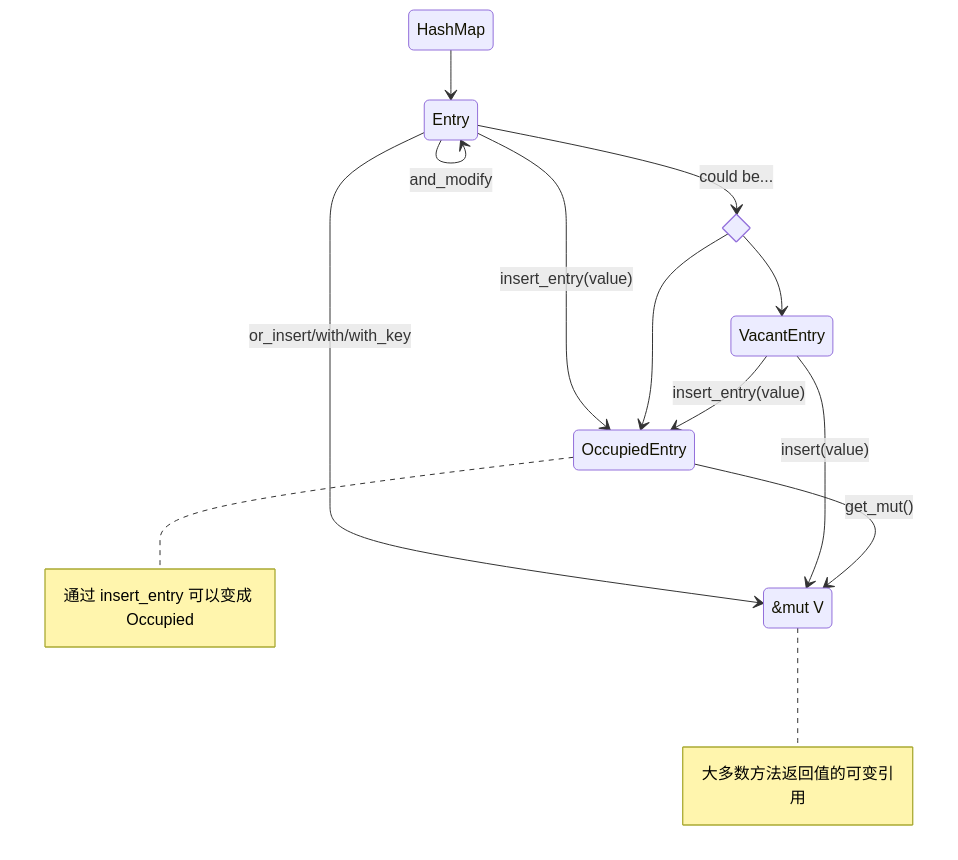
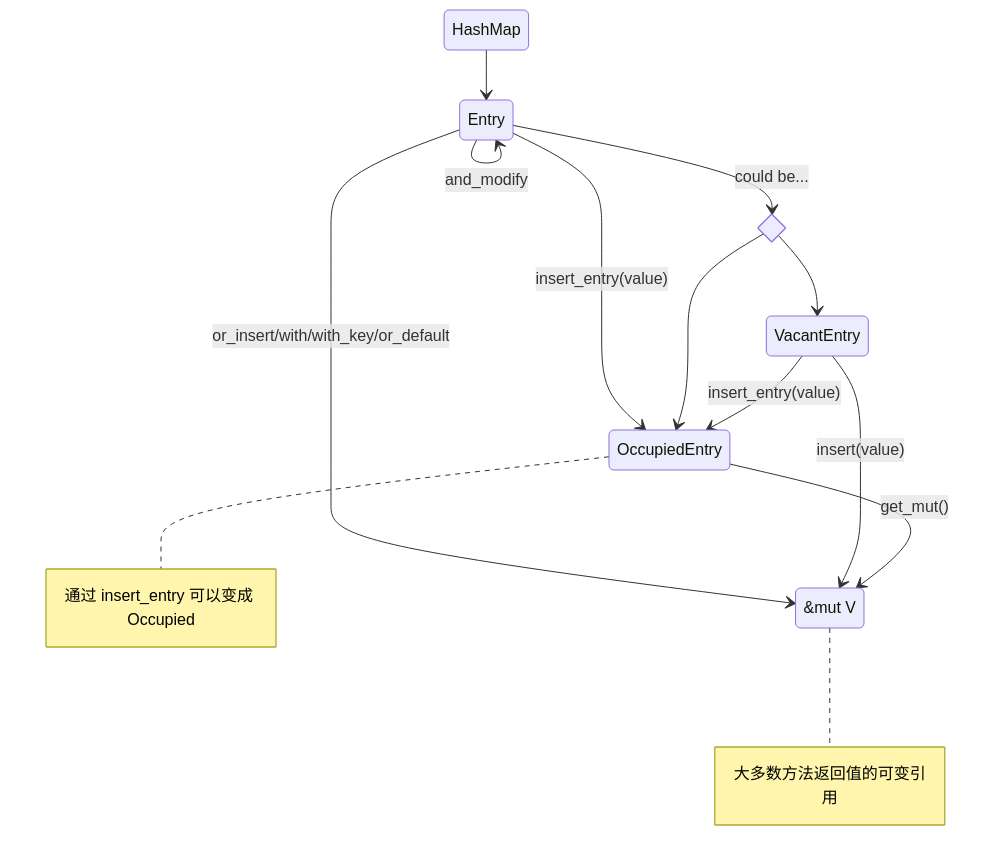
One commit to sweet2honey/myblog changed the diagram in docs/Rust/hashmap.md. Above: the diagram before and after it, drawn with Mermaid. The commit also changed other lines of this file, not shown here.

````diff
--- a/docs/Rust/hashmap.md
+++ b/docs/Rust/hashmap.md
@@ -291,30 +295,30 @@
 ```mermaid
 stateDiagram-v2   
 		state "Entry" as e
 		state "OccupiedEntry" as oe
 		state "VacantEntry" as ve
 		state "&mut V" as mutv
 		
 		state var <<choice>>
 
     HashMap --> e
     e --> var: could be...
     e --> e: and_modify
-    e --> mutv: or_insert/with/with_key
+    e --> mutv: or_insert/with/with_key/or_default
     e --> oe: insert_entry(value)
     
     var --> oe
     var --> ve
     
     ve --> oe: insert_entry(value)
     ve --> mutv: insert(value)
     
     note right of oe
     	通过 insert_entry 可以变成 Occupied
     end note
     oe --> mutv: get_mut()
     
     note right of mutv
     	大多数方法返回值的可变引用
     end note
 ```
````
